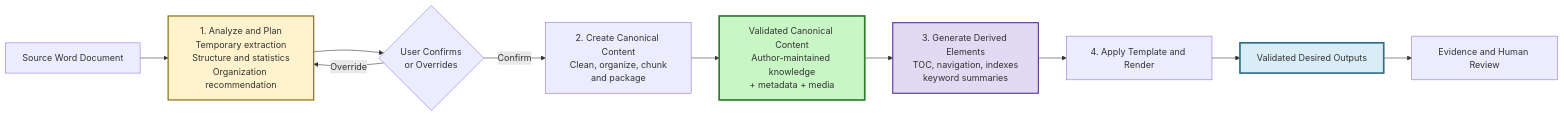
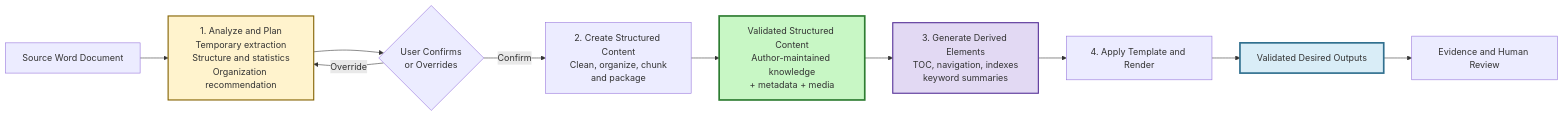
The diagram in docs/diagrams/01-phase1-overview.mmd (bcgov/sharepoint-knowledge-workbench), drawn with Mermaid before and after one commit. The commit also changed 5 other files, not shown here.

First line of the commit message:
docs: reword diagram labels from Canonical to Structured content

```diff
--- a/docs/diagrams/01-phase1-overview.mmd
+++ b/docs/diagrams/01-phase1-overview.mmd
@@ -1,20 +1,20 @@
 flowchart LR
     Source["Source Word Document"]
     Analyze["1. Analyze and Plan\nTemporary extraction\nStructure and statistics\nOrganization recommendation"]
     Confirm{"User Confirms\nor Overrides"}
-    Convert["2. Create Canonical Content\nClean, organize, chunk\nand package"]
-    Canonical["Validated Canonical Content\nAuthor-maintained knowledge\n+ metadata + media"]
+    Convert["2. Create Structured Content\nClean, organize, chunk\nand package"]
+    Structured["Validated Structured Content\nAuthor-maintained knowledge\n+ metadata + media"]
     Generate["3. Generate Derived Elements\nTOC, navigation, indexes\nkeyword summaries"]
     Render["4. Apply Template and Render"]
     Output["Validated Desired Outputs"]
     Evidence["Evidence and Human Review"]
 
     Source --> Analyze --> Confirm
     Confirm -- "Override" --> Analyze
-    Confirm -- "Confirm" --> Convert --> Canonical
-    Canonical --> Generate --> Render --> Output --> Evidence
+    Confirm -- "Confirm" --> Convert --> Structured
+    Structured --> Generate --> Render --> Output --> Evidence
 
     style Analyze fill:#fff3cd,stroke:#856404,stroke-width:2px
-    style Canonical fill:#c8f7c5,stroke:#2e7d32,stroke-width:3px
+    style Structured fill:#c8f7c5,stroke:#2e7d32,stroke-width:3px
     style Generate fill:#e2d9f3,stroke:#59359a,stroke-width:2px
     style Output fill:#d9edf7,stroke:#31708f,stroke-width:3px
```
